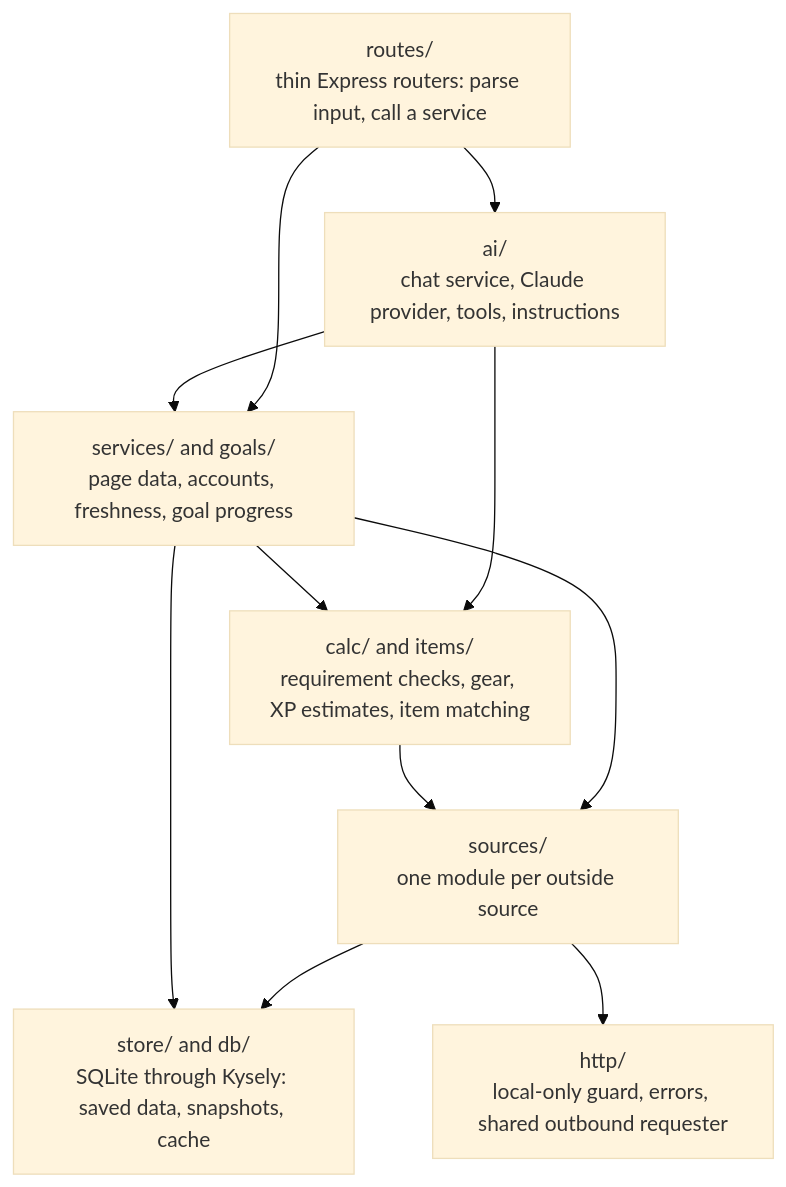
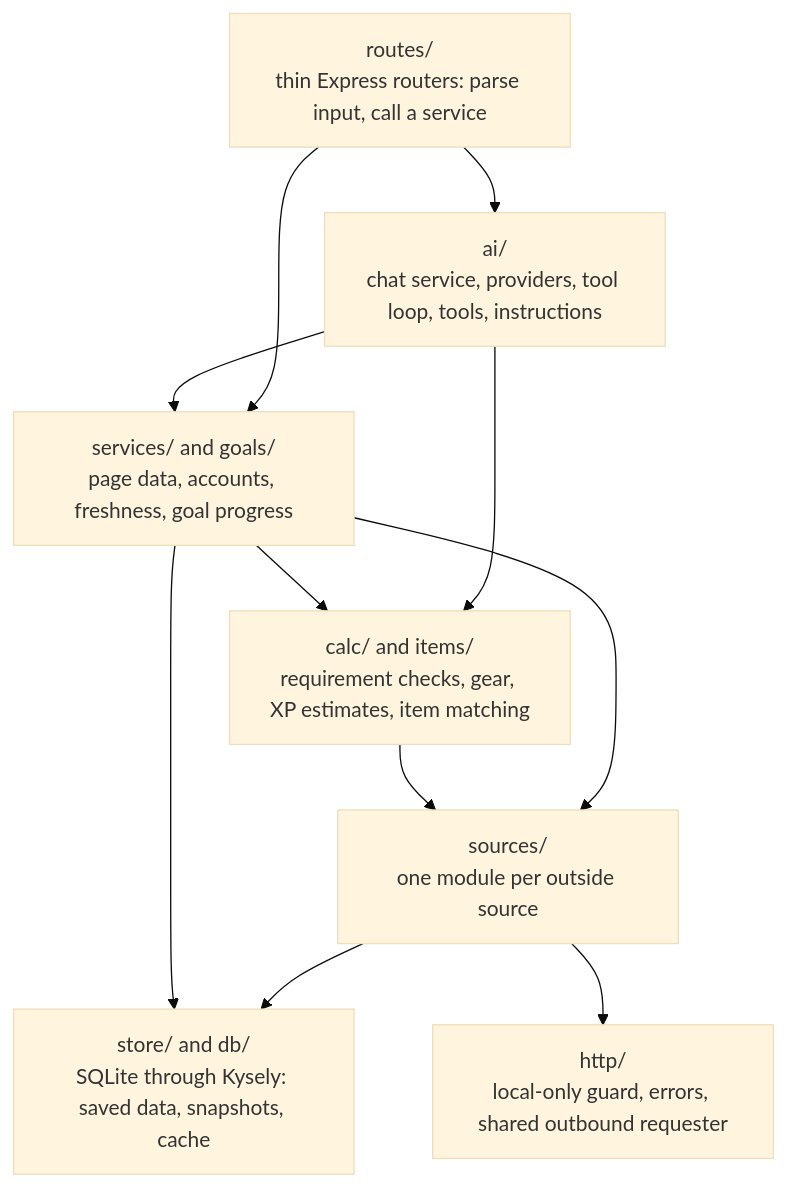
One commit to Goff-Davis/wise-old-model changed the first of 5 diagrams in server/ARCHITECTURE.md. Above: the diagram before and after it, drawn with Mermaid (base theme). The commit also changed other lines of this file and 56 other files, not shown here.

First line of the commit message:
Let the chat use OpenAI-compatible models and Gemini as well as Claude

````diff
--- a/server/ARCHITECTURE.md
+++ b/server/ARCHITECTURE.md
@@ -9,20 +9,20 @@
 ```mermaid
 flowchart TB
   routes["routes/<br/>thin Express routers: parse input, call a service"]
   services["services/ and goals/<br/>page data, accounts, freshness, goal progress"]
-  ai["ai/<br/>chat service, Claude provider, tools, instructions"]
+  ai["ai/<br/>chat service, providers, tool loop, tools, instructions"]
   calc["calc/ and items/<br/>requirement checks, gear, XP estimates, item matching"]
   sources["sources/<br/>one module per outside source"]
   store["store/ and db/<br/>SQLite through Kysely: saved data, snapshots, cache"]
   http["http/<br/>local-only guard, errors, shared outbound requester"]
   routes --> services
   routes --> ai
   ai --> services
   ai --> calc
   services --> calc
   services --> sources
   calc --> sources
   sources --> store
   services --> store
   sources --> http
 ```
````
